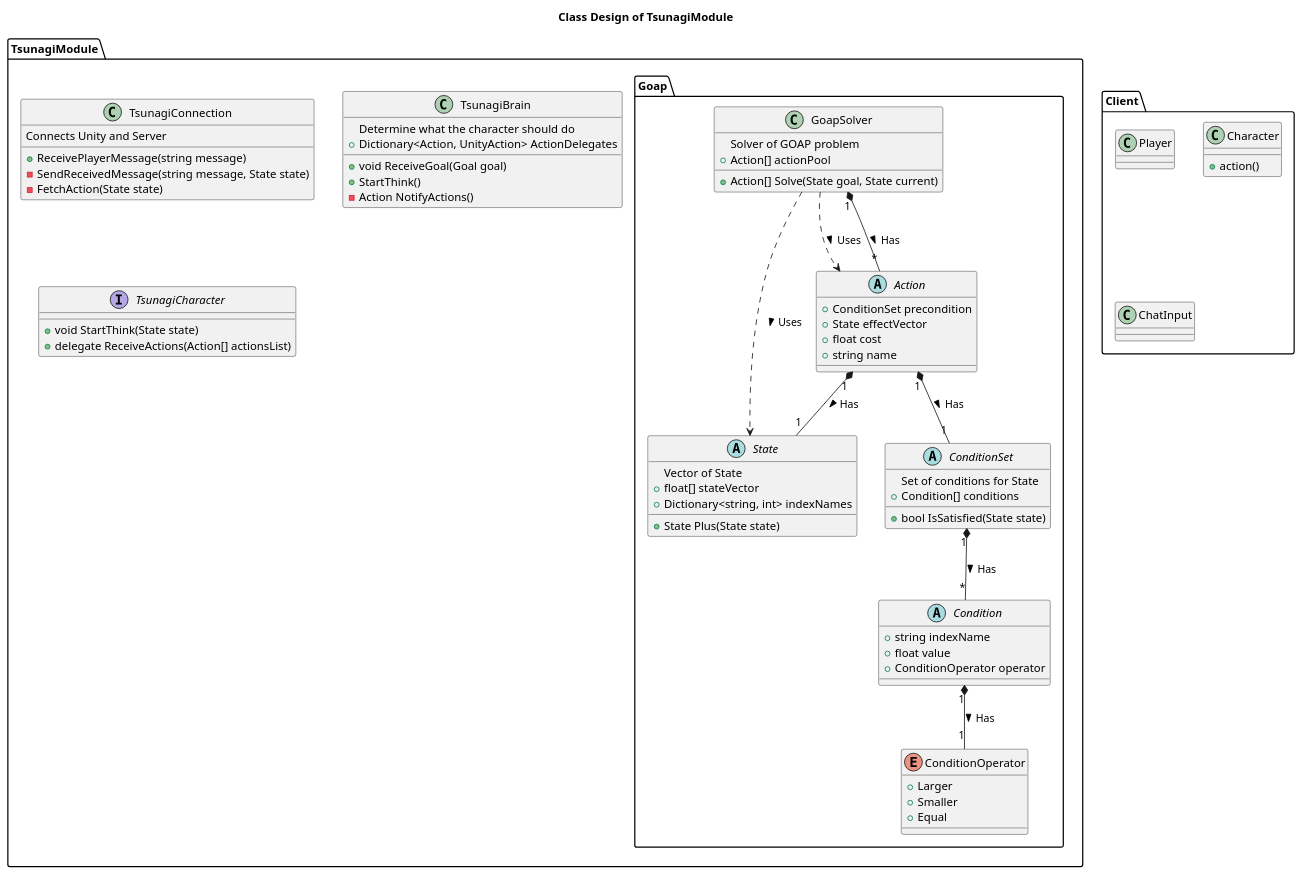
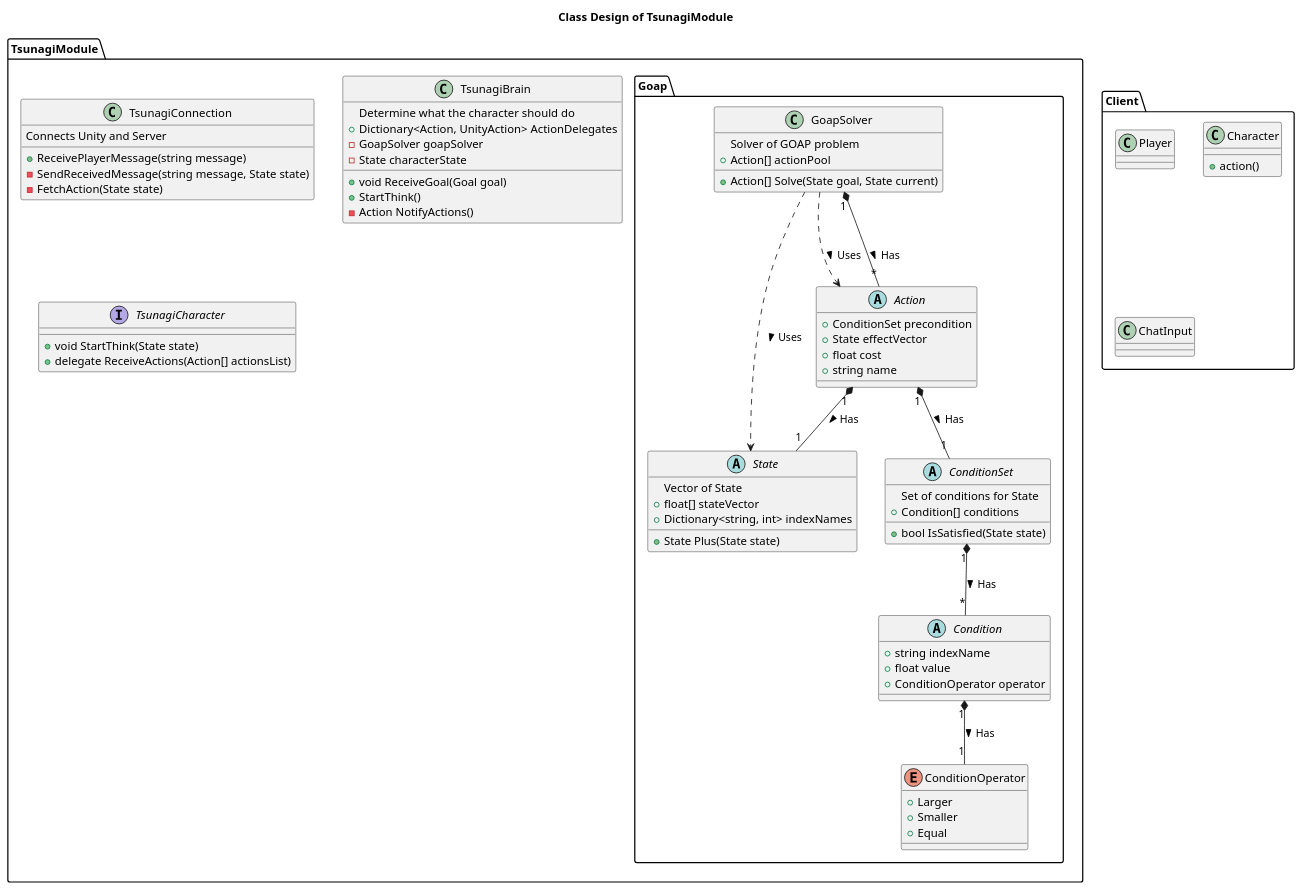
Before and after one commit to tsunagi-ai/UnityModuleDesign: the diagram in classes.puml, drawn with PlantUML.

```diff
--- a/classes.puml
+++ b/classes.puml
@@ -1,86 +1,88 @@
 @startuml
 title Class Design of TsunagiModule
 
 package TsunagiModule {
   class TsunagiConnection {
     Connects Unity and Server
     +ReceivePlayerMessage(string message)
     -SendReceivedMessage(string message, State state)
     -FetchAction(State state)
   }
 
   class TsunagiBrain {
     Determine what the character should do
     +Dictionary<Action, UnityAction> ActionDelegates
     +void ReceiveGoal(Goal goal)
     +StartThink()
     -Action NotifyActions()
+    -GoapSolver goapSolver
+    -State characterState
   }
 
   interface TsunagiCharacter {
     +void StartThink(State state)
     +delegate ReceiveActions(Action[] actionsList)
   }
 
   package Goap{
     class GoapSolver {
       Solver of GOAP problem
       +Action[] Solve(State goal, State current)
       +Action[] actionPool
     }
+    GoapSolver ..> State : Uses >
+    GoapSolver ..> Action : Uses >
+    GoapSolver "1" *-- "*" Action : Has >
 
     abstract State{
       Vector of State
       +State Plus(State state)
       +float[] stateVector
       +Dictionary<string, int> indexNames
     }
-    GoapSolver ..> State : Uses >
 
     abstract Action {
       +ConditionSet precondition
       +State effectVector
       +float cost
       +string name
     }
-    GoapSolver ..> Action : Uses >
-    GoapSolver "1" *-- "*" Action : Has >
     Action "1" *-- "1" State : Has >
+    Action "1" *-- "1" ConditionSet : Has >
 
     abstract ConditionSet{
       Set of conditions for State
       +bool IsSatisfied(State state)
       +Condition[] conditions
     }
-    Action "1" *-- "1" ConditionSet : Has >
+    ConditionSet "1" *-- "*" Condition : Has >
 
     abstract Condition{
       +string indexName
       +float value
       +ConditionOperator operator
     }
-    ConditionSet "1" *-- "*" Condition : Has >
+    Condition "1" *-- "1" ConditionOperator : Has >
 
     enum ConditionOperator {
       +Larger
       +Smaller
       +Equal
     }
-    Condition "1" *-- "1" ConditionOperator : Has >
   }
 }
 
 package Client{
   class Player {
   }
 
   class Character {
     +action()
   }
 
   class ChatInput {
 
   }
 }
 
 @enduml
```
